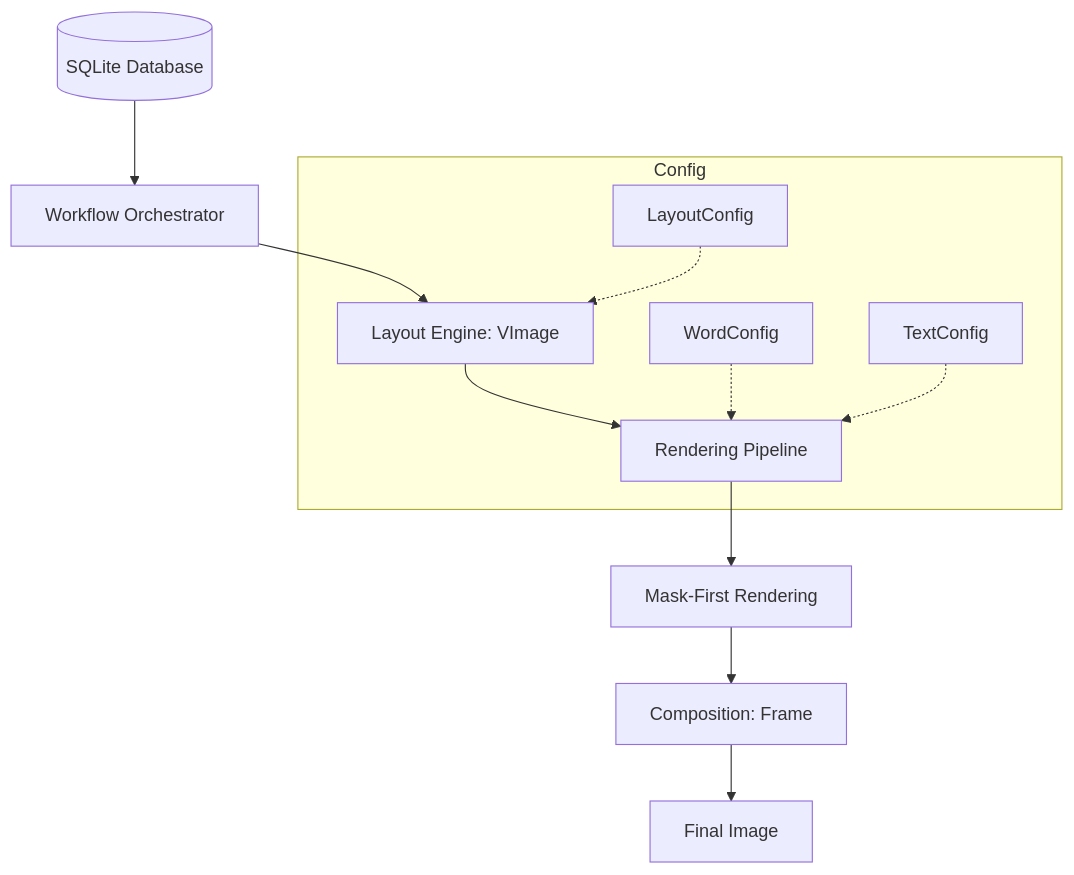
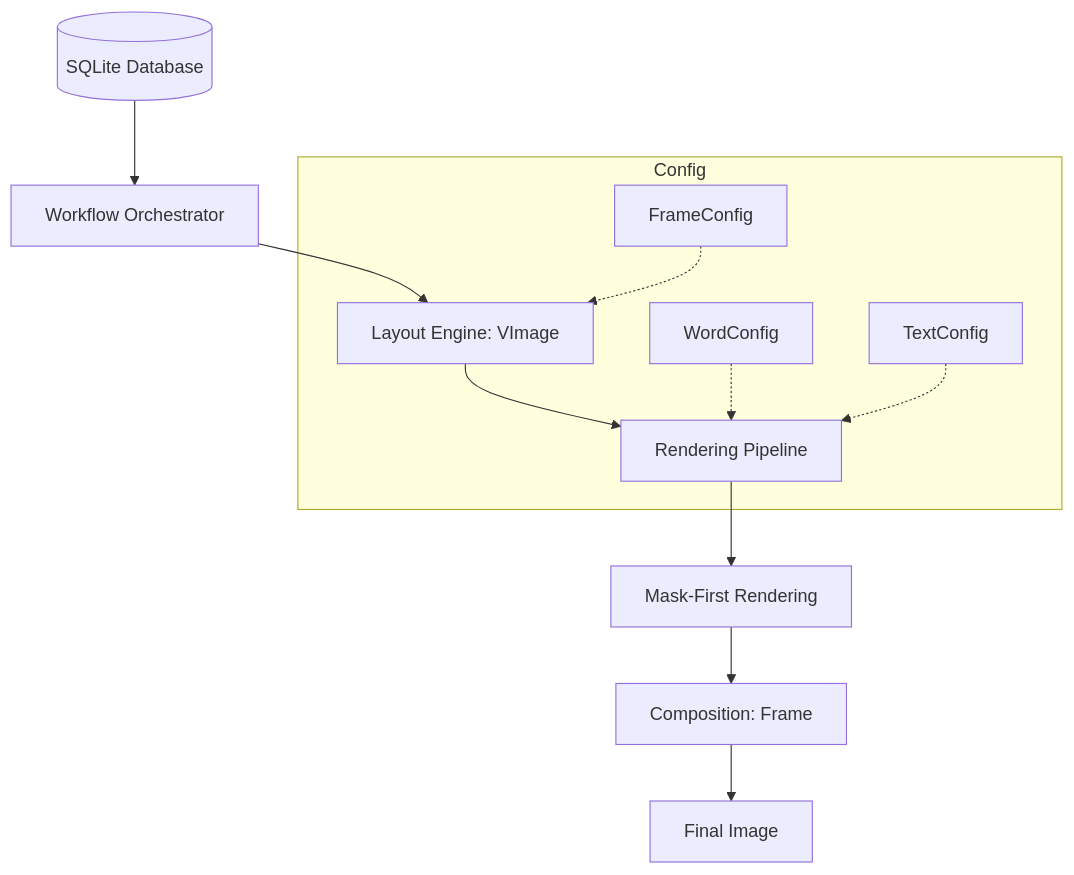
One commit to AtTheZenith/quranmedialib changed the diagram in README.md. Above: the diagram before and after it, drawn with Mermaid. The commit also changed other lines of this file and 2 other files, not shown here.

````diff
--- a/README.md
+++ b/README.md
@@ -138,15 +138,15 @@
 ```mermaid
 graph TD
     DB[(SQLite Database)] -->     WF[Workflow Orchestrator]
     WF --> Layout[Layout Engine: VImage]
     Layout --> Pipe[Rendering Pipeline]
     Pipe --> Mask[Mask-First Rendering]
     Mask --> Comp[Composition: Frame]
     Comp --> Out[Final Image]
     
     subgraph Config
-        L[LayoutConfig] -.-> Layout
+        F[FrameConfig] -.-> Layout
         W[WordConfig] -.-> Pipe
         T[TextConfig] -.-> Pipe
     end
 ```
````
